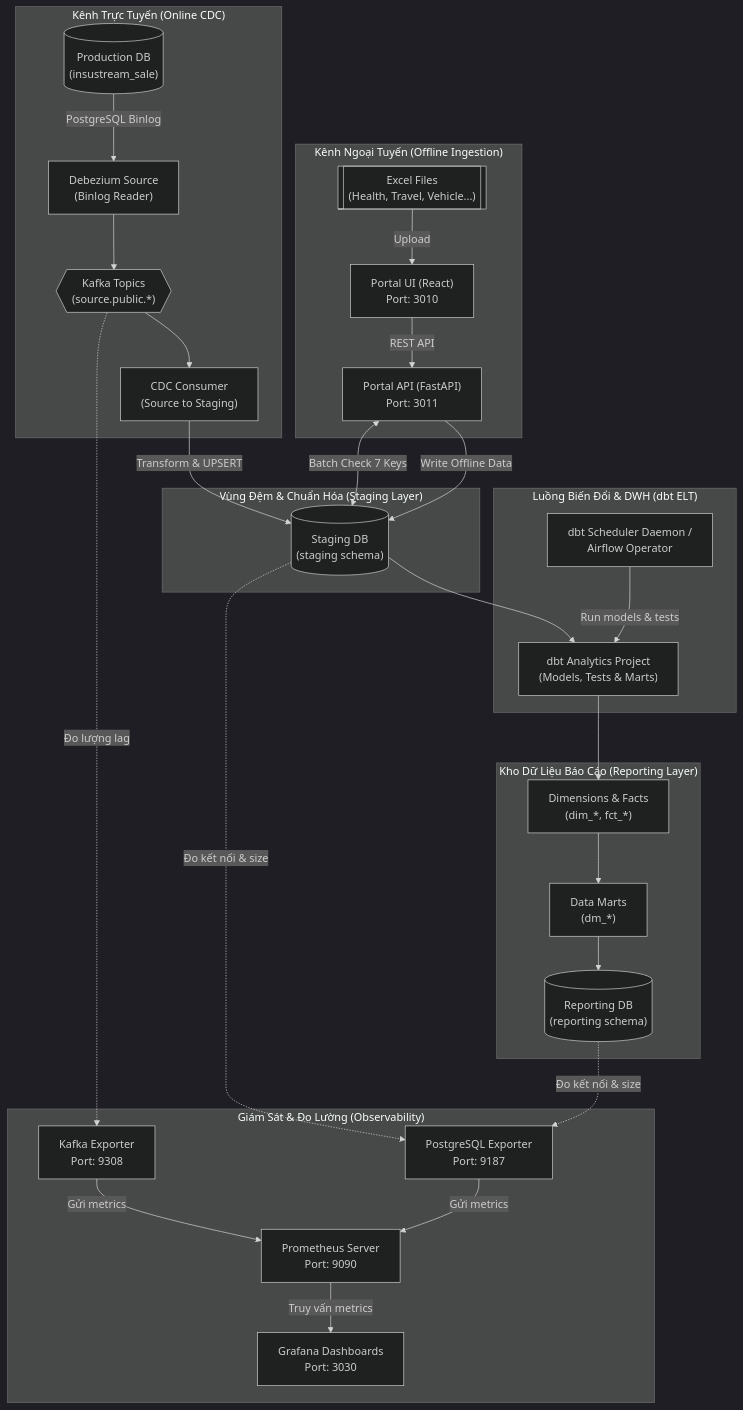
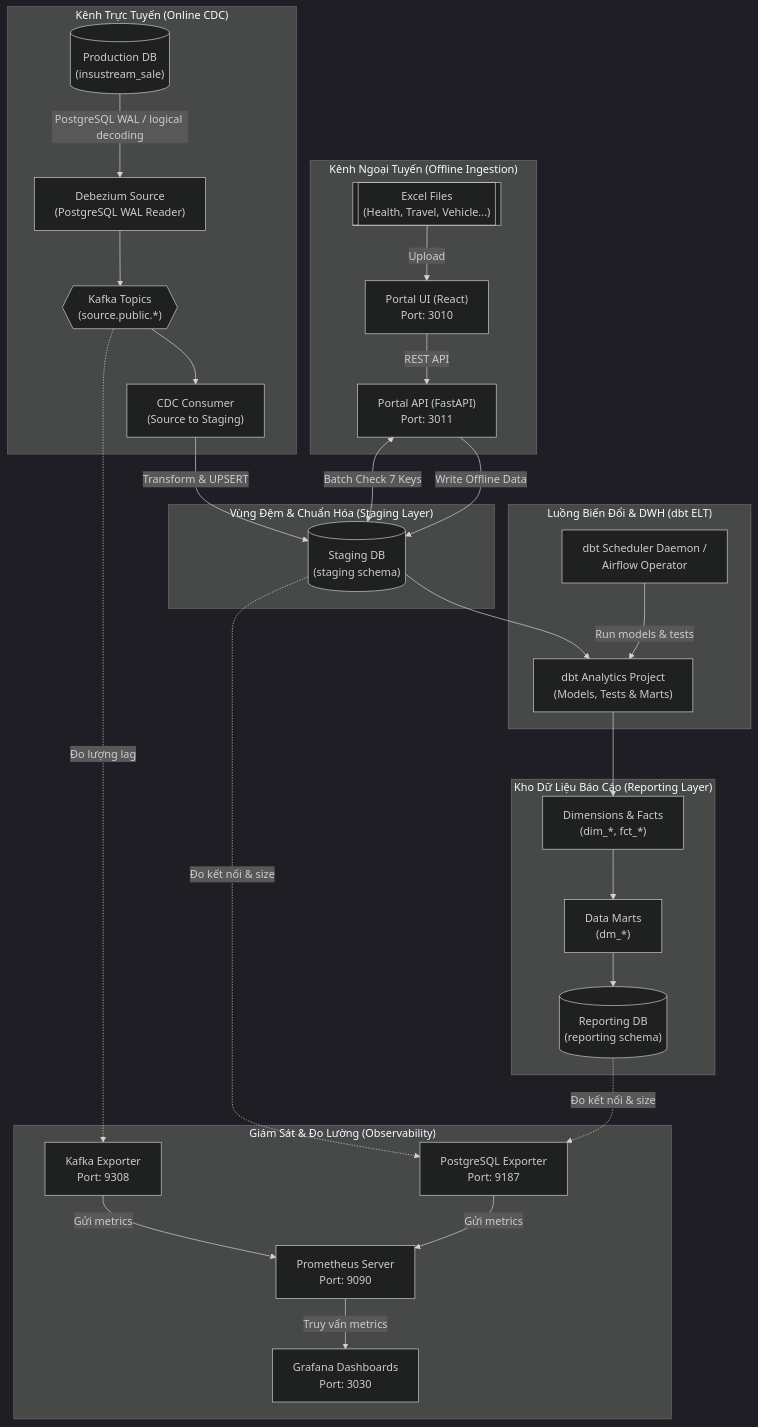
The diagram in README_VI.md (phatle224/hybrid-data-ingestion-streaming-platform), drawn with Mermaid (dark theme) before and after one commit. The commit also changed other lines of this file and 14 other files, not shown here.

````diff
--- a/README_VI.md
+++ b/README_VI.md
@@ -57,64 +54,64 @@
 ```mermaid
 flowchart TB
     subgraph "Kênh Trực Tuyến (Online CDC)"
         SRC_DB[("Production DB<br/>(insustream_sale)")]
-        DBZ_SRC["Debezium Source<br/>(Binlog Reader)"]
+        DBZ_SRC["Debezium Source<br/>(PostgreSQL WAL Reader)"]
         KF_SRC{{"Kafka Topics<br/>(source.public.*)"}}
         CDC_CONS["CDC Consumer<br/>(Source to Staging)"]
     end
 
     subgraph "Kênh Ngoại Tuyến (Offline Ingestion)"
         EXCEL[["Excel Files<br/>(Health, Travel, Vehicle...)"]]
         PORTAL_FE["Portal UI (React)<br/>Port: 3010"]
         PORTAL_BE["Portal API (FastAPI)<br/>Port: 3011"]
     end
 
     subgraph "Vùng Đệm & Chuẩn Hóa (Staging Layer)"
         STG_DB[("Staging DB<br/>(staging schema)")]
     end
 
     subgraph "Luồng Biến Đổi & DWH (dbt ELT)"
         SCHEDULER["dbt Scheduler Daemon /<br/>Airflow Operator"]
         DBT_ANALYTICS["dbt Analytics Project<br/>(Models, Tests & Marts)"]
     end
 
     subgraph "Kho Dữ Liệu Báo Cáo (Reporting Layer)"
         RPT_DB[("Reporting DB<br/>(reporting schema)")]
         WIDE_TAB["Dimensions & Facts<br/>(dim_*, fct_*)"]
         MARTS["Data Marts<br/>(dm_*)"]
     end
 
     subgraph "Giám Sát & Đo Lường (Observability)"
         PROM["Prometheus Server<br/>Port: 9090"]
         GRAF["Grafana Dashboards<br/>Port: 3030"]
         K_EXP["Kafka Exporter<br/>Port: 9308"]
         P_EXP["PostgreSQL Exporter<br/>Port: 9187"]
     end
 
     %% Kênh Online
-    SRC_DB -->|PostgreSQL Binlog| DBZ_SRC
+    SRC_DB -->|PostgreSQL WAL / logical decoding| DBZ_SRC
     DBZ_SRC --> KF_SRC
     KF_SRC --> CDC_CONS
     CDC_CONS -->|Transform & UPSERT| STG_DB
 
     %% Kênh Offline
     EXCEL -->|Upload| PORTAL_FE
     PORTAL_FE -->|REST API| PORTAL_BE
     PORTAL_BE <-->|Batch Check 7 Keys| STG_DB
     PORTAL_BE -->|Write Offline Data| STG_DB
 
     %% dbt ELT
     STG_DB --> DBT_ANALYTICS
     SCHEDULER -->|Run models & tests| DBT_ANALYTICS
     DBT_ANALYTICS --> WIDE_TAB
     WIDE_TAB --> MARTS
     MARTS --> RPT_DB
 
     %% Kết nối giám sát
     KF_SRC -.->|Đo lượng lag| K_EXP
     K_EXP -->|Gửi metrics| PROM
     STG_DB -.->|Đo kết nối & size| P_EXP
     RPT_DB -.->|Đo kết nối & size| P_EXP
     P_EXP -->|Gửi metrics| PROM
     PROM -->|Truy vấn metrics| GRAF
 ```
````
